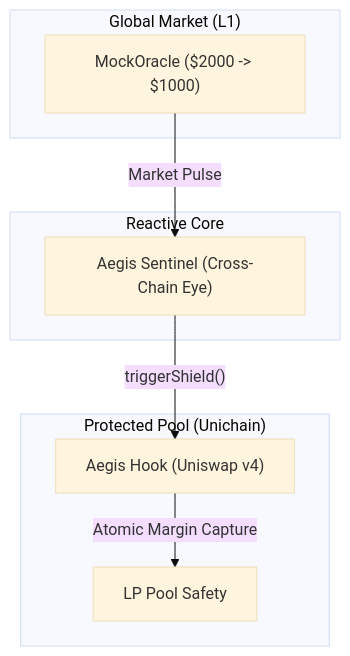
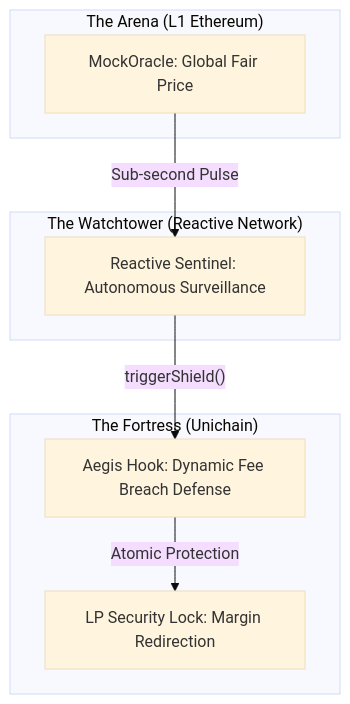
One commit to HACK3R-CRYPTO2/Aegis changed the diagram in README.md. Above: the diagram before and after it, drawn with Mermaid (base theme). The commit also changed other lines of this file and 2 other files, not shown here.

````diff
--- a/README.md
+++ b/README.md
@@ -47,19 +39,19 @@
 ```mermaid
 graph TD
-    subgraph "Global Market (L1)"
-        O["MockOracle ($2000 -> $1000)"]
+    subgraph "The Arena (L1 Ethereum)"
+        O["MockOracle: Global Fair Price"]
     end
 
-    subgraph "Reactive Core"
-        S["Aegis Sentinel (Cross-Chain Eye)"]
+    subgraph "The Watchtower (Reactive Network)"
+        S["Reactive Sentinel: Autonomous Surveillance"]
     end
 
-    subgraph "Protected Pool (Unichain)"
-        H["Aegis Hook (Uniswap v4)"]
-        U["LP Pool Safety"]
+    subgraph "The Fortress (Unichain)"
+        H["Aegis Hook: Dynamic Fee Breach Defense"]
+        U["LP Security Lock: Margin Redirection"]
     end
 
-    O -- "Market Pulse" --> S
+    O -- "Sub-second Pulse" --> S
     S -- "triggerShield()" --> H
-    H -- "Atomic Margin Capture" --> U
+    H -- "Atomic Protection" --> U
 ```
````
